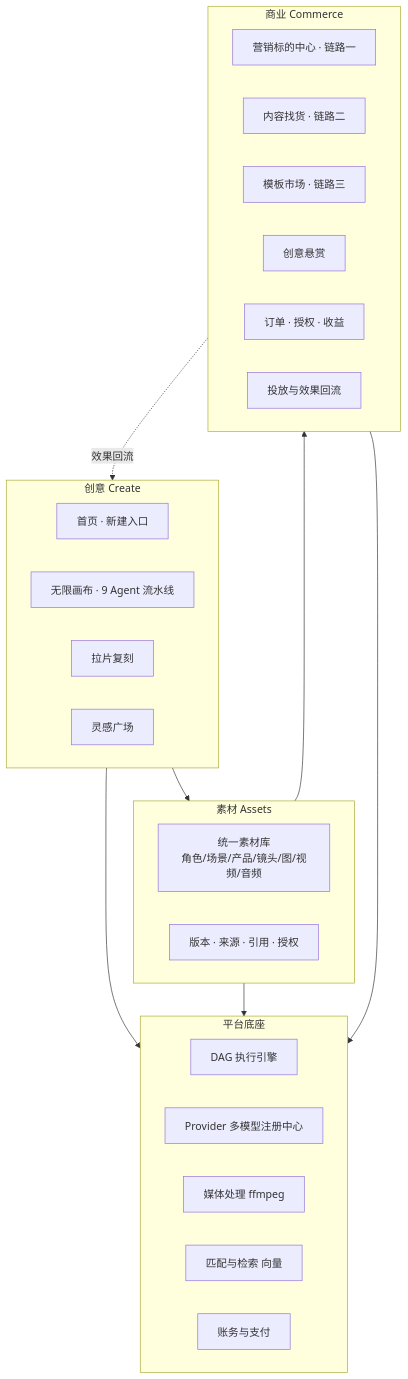
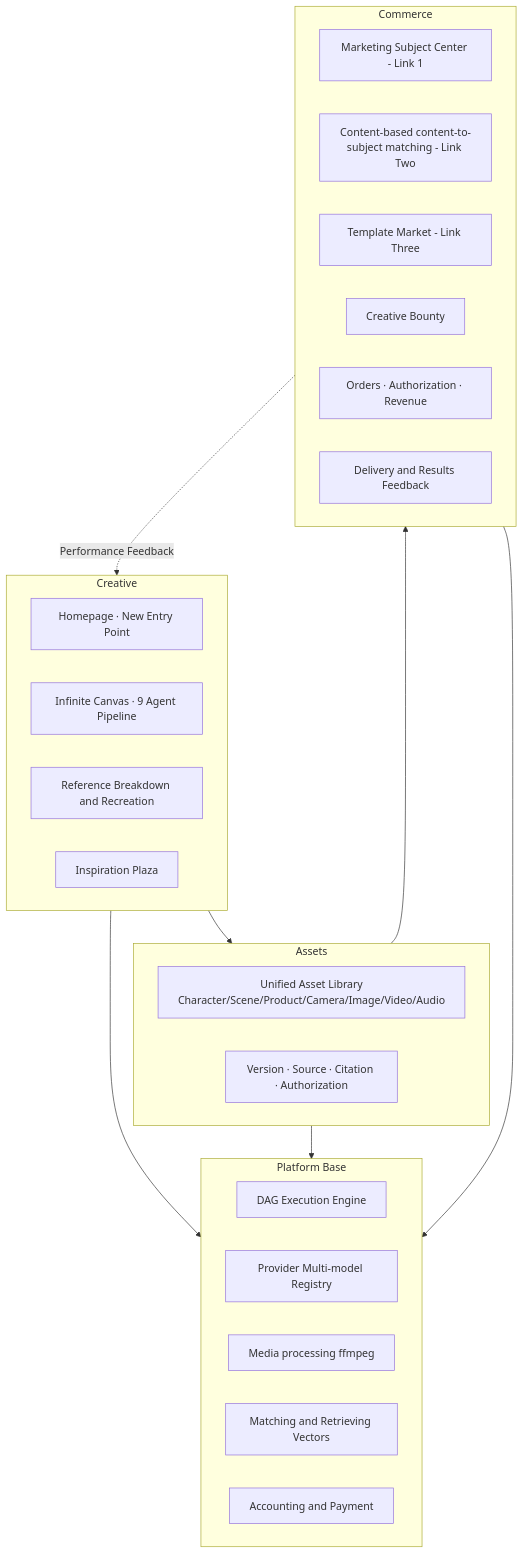
One commit to Runqi518/SPARKLE-AI---Your-Creativity-Deserves-a-Market changed the second of 17 diagrams in docs/prd.md. Above: the diagram before and after it, drawn with Mermaid. The commit also changed other lines of this file and 60 other files, not shown here.

````diff
--- a/docs/prd.md
+++ b/docs/prd.md
@@ -240,31 +214,31 @@
 ```mermaid
 flowchart TB
-    subgraph 创意[创意 Create]
-        A1[首页 · 新建入口]
-        A2[无限画布 · 9 Agent 流水线]
-        A3[拉片复刻]
-        A4[灵感广场]
+    subgraph Creative[Creative]
+        A1[Homepage · New Entry Point]
+        A2[Infinite Canvas · 9 Agent Pipeline]
+        A3[Reference Breakdown and Recreation]
+        A4[Inspiration Plaza]
     end
-    subgraph 素材[素材 Assets]
-        B1[统一素材库<br/>角色/场景/产品/镜头/图/视频/音频]
-        B2[版本 · 来源 · 引用 · 授权]
+    subgraph material[Assets]
+        B1[Unified Asset Library<br/>Character/Scene/Product/Camera/Image/Video/Audio]
+        B2[Version · Source · Citation · Authorization]
     end
-    subgraph 商业[商业 Commerce]
-        C1[营销标的中心 · 链路一]
-        C2[内容找货 · 链路二]
-        C3[模板市场 · 链路三]
-        C4[创意悬赏]
-        C5[订单 · 授权 · 收益]
-        C6[投放与效果回流]
+    subgraph Business[Commerce]
+        C1[Marketing Subject Center - Link 1]
+        C2[Content-based content-to-subject matching - Link Two]
+        C3[Template Market - Link Three]
+        C4[Creative Bounty]
+        C5[Orders · Authorization · Revenue]
+        C6[Delivery and Results Feedback]
     end
-    subgraph 底座[平台底座]
-        D1[DAG 执行引擎]
-        D2[Provider 多模型注册中心]
-        D3[媒体处理 ffmpeg]
-        D4[匹配与检索 向量]
-        D5[账务与支付]
+    subgraph Base[Platform Base]
+        D1[DAG Execution Engine]
+        D2[Provider Multi-model Registry]
+        D3[Media processing ffmpeg]
+        D4[Matching and Retrieving Vectors]
+        D5[Accounting and Payment]
     end
-    创意 --> 素材 --> 商业
-    商业 -. 效果回流 .-> 创意
-    创意 & 素材 & 商业 --> 底座
+    Creative--> material--> Business
+    Business -. Performance Feedback .-> Creative
+    Creative & material & Business--> Base
 ```
````
